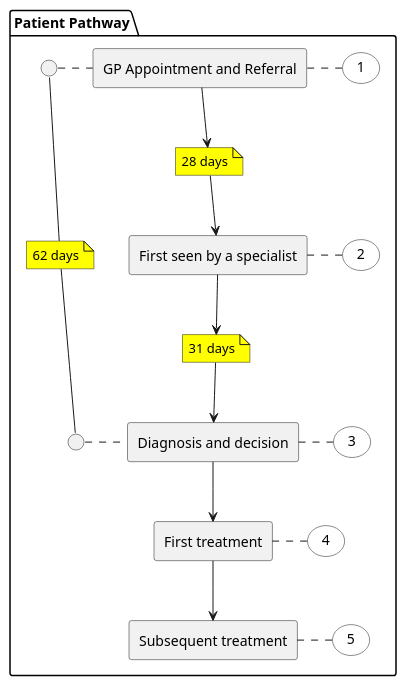
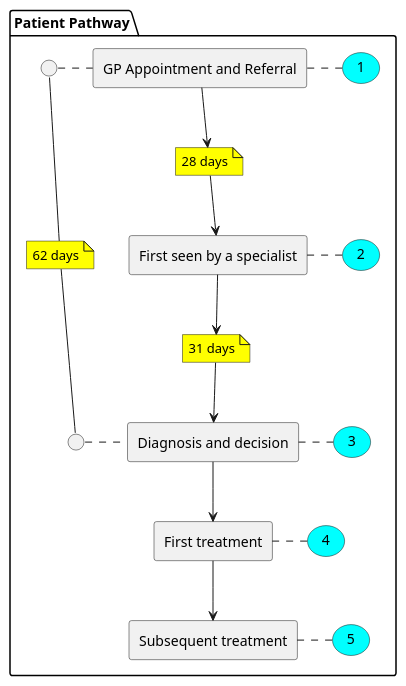
Before and after one commit to nhsx/dt-public: the diagram in CWT/Process/patient-pathway.puml, drawn with PlantUML. The commit also changed 5 other files, not shown here.

Commit message:
Update file(s) "/." from "nhsx/dt-architecture"

```diff
--- a/CWT/Process/patient-pathway.puml
+++ b/CWT/Process/patient-pathway.puml
@@ -1,55 +1,55 @@
-@startuml
+@startuml cwt-patient-pathway
 'skinparam linetype ortho
 'skinparam Shadowing false
 
 package "Patient Pathway" as p {
 
 rectangle "GP Appointment and Referral" as gp
 rectangle "First seen by a specialist" as sp
 rectangle "Diagnosis and decision" as dd
 rectangle "First treatment" as t1
 rectangle "Subsequent treatment" as t2
 
-usecase "1" as u1 #Transparent
-usecase "2" as u2 #Transparent
-usecase "3" as u3 #Transparent
-usecase "4" as u4 #Transparent
-usecase "5" as u5 #Transparent
+usecase "1" as u1 #Cyan
+usecase "2" as u2 #Cyan
+usecase "3" as u3 #Cyan
+usecase "4" as u4 #Cyan
+usecase "5" as u5 #Cyan
 
 circle " " as c1
 circle " " as c2
 
 note as n28 #Yellow
   28 days
 endnote
 
 note as n31 #Yellow
   31 days
 endnote
 
 note as n62 #Yellow
   62 days
 endnote
 
 }
 
 gp --> n28
 n28 --> sp
 sp --> n31
 n31 --> dd
 dd --> t1
 t1 --> t2
 
 gp . u1
 sp . u2
 dd . u3
 t1 . u4
 t2 . u5
 
 gp .left. c1
 dd .left. c2
 
 c1 --- n62
 n62 --- c2
 
 @enduml
```
